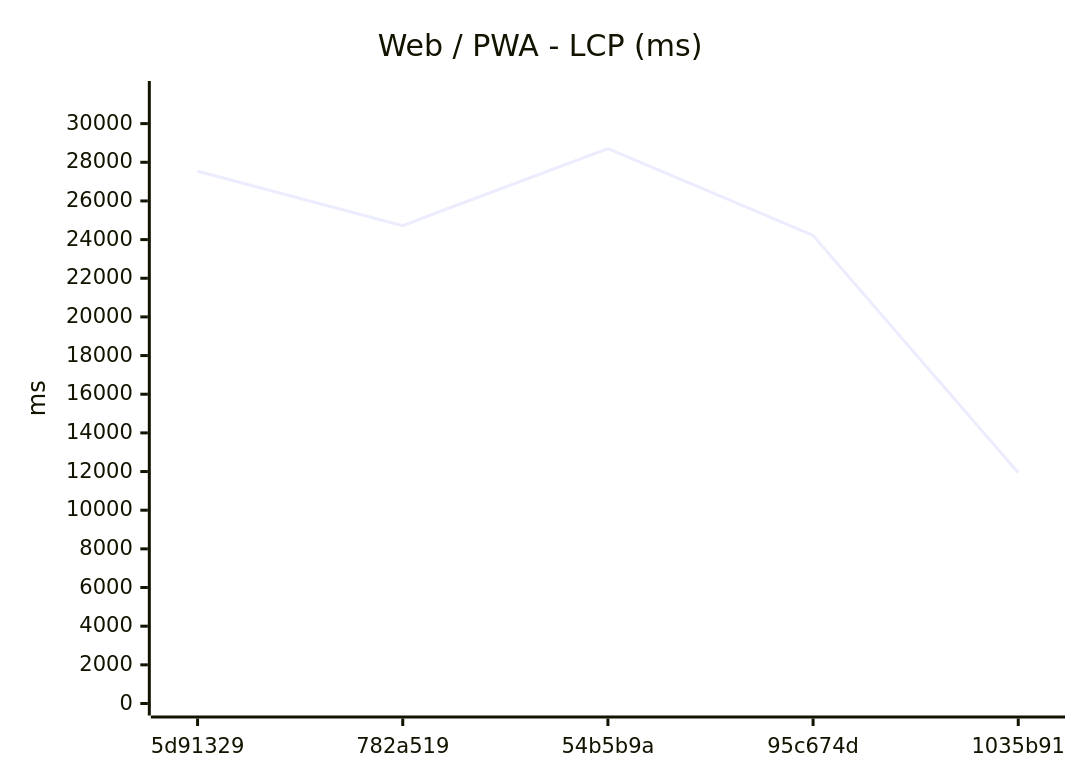
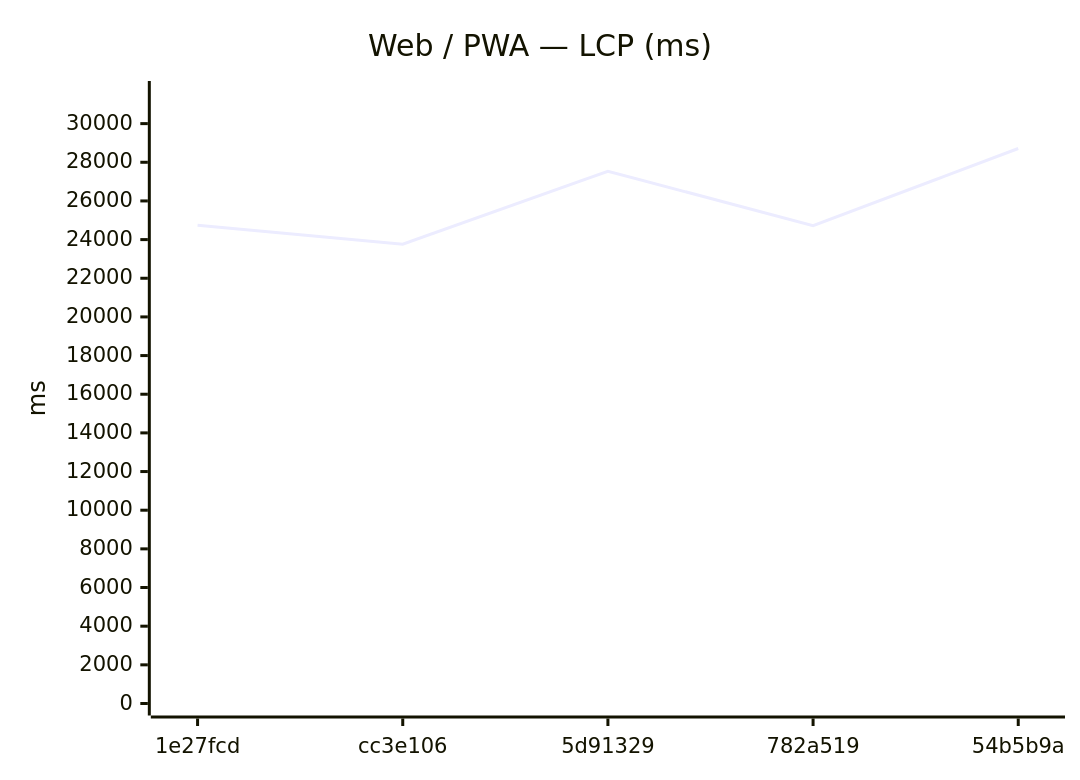
The seventh of 18 diagrams in benchmarks/compare.md (Metaheurist/Rianell), drawn with Mermaid before and after one commit. The commit also changed other lines of this file and 12 other files, not shown here.

````diff
--- a/benchmarks/compare.md
+++ b/benchmarks/compare.md
@@ -117,7 +117,7 @@
 ```mermaid
 xychart-beta
-    title "Web / PWA - LCP (ms)"
-    x-axis ["5d91329", "782a519", "54b5b9a", "95c674d", "1035b91"]
+    title "Web / PWA — LCP (ms)"
+    x-axis ["1e27fcd", "cc3e106", "5d91329", "782a519", "54b5b9a"]
     y-axis "ms" 0 --> 31584
-    line [27536, 24725, 28712, 24213, 11936]
+    line [24744, 23765, 27536, 24725, 28712]
 ```
````
